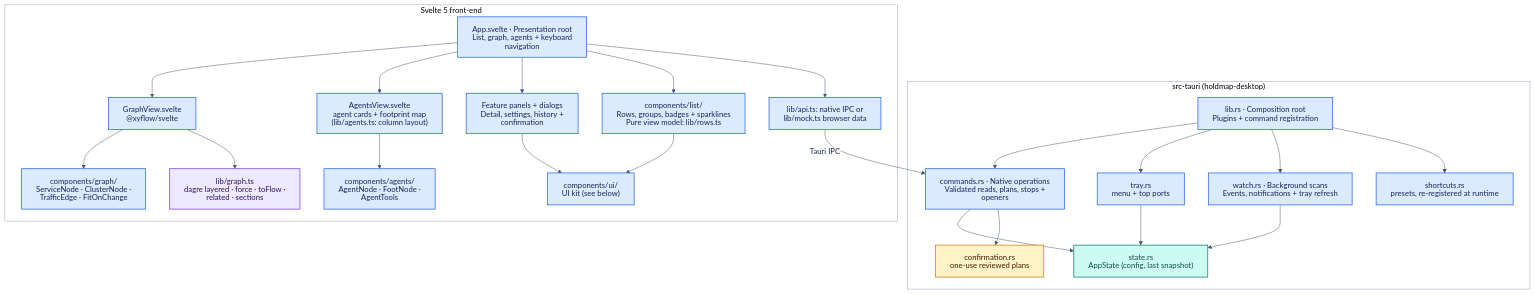
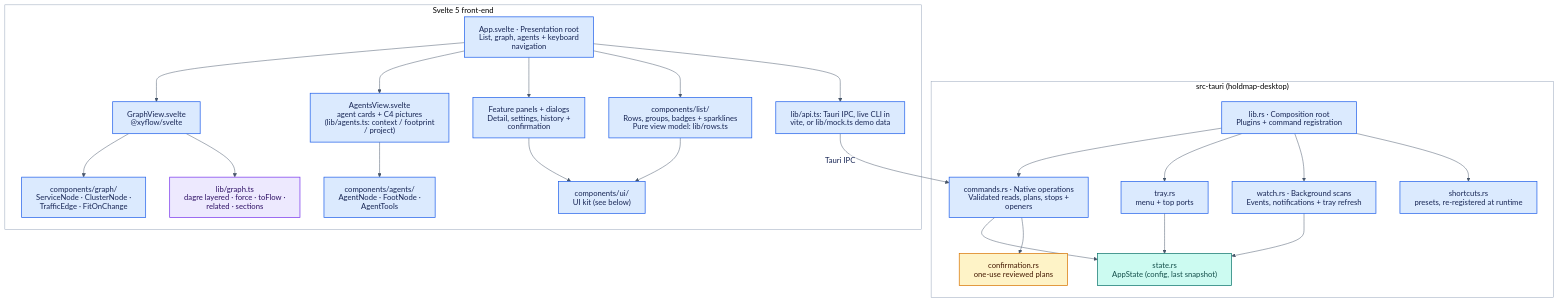
Before and after one commit to santoshshinde2012/holdmap: diagram 11 of 11 in docs/architecture.md, drawn with Mermaid. The commit also changed other lines of this file and 63 other files, not shown here.

First line of the commit message:
feat(desktop): live local scans, C4 map chrome, and screen recording (#48)

````diff
--- a/docs/architecture.md
+++ b/docs/architecture.md
@@ -1017,69 +1017,69 @@
 ```mermaid
 ---
 config:
   theme: base
   look: classic
   htmlLabels: false
   themeVariables:
     darkMode: false
     background: "#ffffff"
     primaryColor: "#DBEAFE"
     primaryTextColor: "#172554"
     primaryBorderColor: "#2563EB"
     secondaryColor: "#CCFBF1"
     tertiaryColor: "#ffffff"
     textColor: "#0F172A"
     lineColor: "#475569"
     edgeLabelBackground: "#ffffff"
     clusterBkg: "#ffffff"
     clusterBorder: "#94A3B8"
   flowchart:
     wrappingWidth: 240
 ---
 flowchart TB
   accTitle: Desktop UI and native backend components
   accDescr: Svelte feature views compose a shared UI kit and pure view models. The API boundary calls validated Tauri commands, which own freshness and confirmation state.
   subgraph Rust["src-tauri (holdmap-desktop)"]
     LIB["lib.rs · Composition root<br/>Plugins + command registration"]
     CMD["commands.rs · Native operations<br/>Validated reads, plans, stops + openers"]
     ST["state.rs<br/>AppState (config, last snapshot)"]
     CF["confirmation.rs<br/>one-use reviewed plans"]
     TR["tray.rs<br/>menu + top ports"]
     W["watch.rs · Background scans<br/>Events, notifications + tray refresh"]
     SC["shortcuts.rs<br/>presets, re-registered at runtime"]
     LIB --> CMD & TR & W & SC
     CMD & TR & W --> ST
     CMD --> CF
   end
   subgraph UI["Svelte 5 front-end"]
     APP["App.svelte · Presentation root<br/>List, graph, agents + keyboard navigation"]
     GV["GraphView.svelte<br/>@xyflow/svelte"]
-    AV["AgentsView.svelte<br/>agent cards + footprint map<br/>(lib/agents.ts: column layout)"]
+    AV["AgentsView.svelte<br/>agent cards + C4 pictures<br/>(lib/agents.ts: context / footprint / project)"]
     NODES["components/graph/<br/>ServiceNode · ClusterNode · TrafficEdge · FitOnChange"]
     AGNODES["components/agents/<br/>AgentNode · FootNode · AgentTools"]
     LG["lib/graph.ts<br/>dagre layered · force · toFlow · related · sections"]
     OTHER["Feature panels + dialogs<br/>Detail, settings, history + confirmation"]
     LIST["components/list/<br/>Rows, groups, badges + sparklines<br/>Pure view model: lib/rows.ts"]
     KIT["components/ui/<br/>UI kit (see below)"]
-    API["lib/api.ts: native IPC or lib/mock.ts browser data"]
+    API["lib/api.ts: Tauri IPC, live CLI in vite, or lib/mock.ts demo data"]
     APP --> GV --> NODES
     APP --> AV --> AGNODES
     GV --> LG
     APP --> OTHER --> KIT
     APP --> LIST --> KIT
     APP --> API
   end
   API -- "Tauri IPC" --> CMD
 
   style Rust fill:#ffffff,stroke:#94A3B8,stroke-width:1px
   style UI fill:#ffffff,stroke:#94A3B8,stroke-width:1px
 
   classDef surface fill:#DBEAFE,stroke:#2563EB,color:#172554,stroke-width:1.5px
   classDef domain fill:#EDE9FE,stroke:#7C3AED,color:#2E1065,stroke-width:1.5px
   classDef safety fill:#FEF3C7,stroke:#D97706,color:#451A03,stroke-width:1.5px
   classDef data fill:#CCFBF1,stroke:#0F766E,color:#134E4A,stroke-width:1.5px
   class LIB,CMD,TR,W,SC,APP,GV,AV,NODES,AGNODES,OTHER,LIST,KIT,API surface
   class LG domain
   class CF safety
   class ST data
 ```
````
